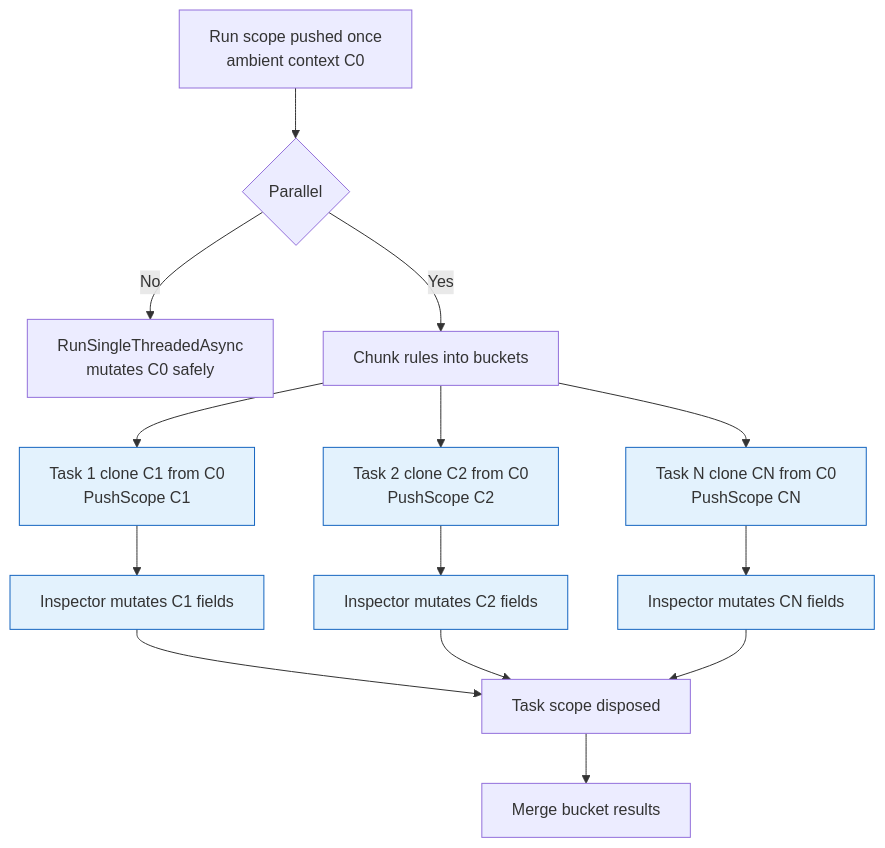
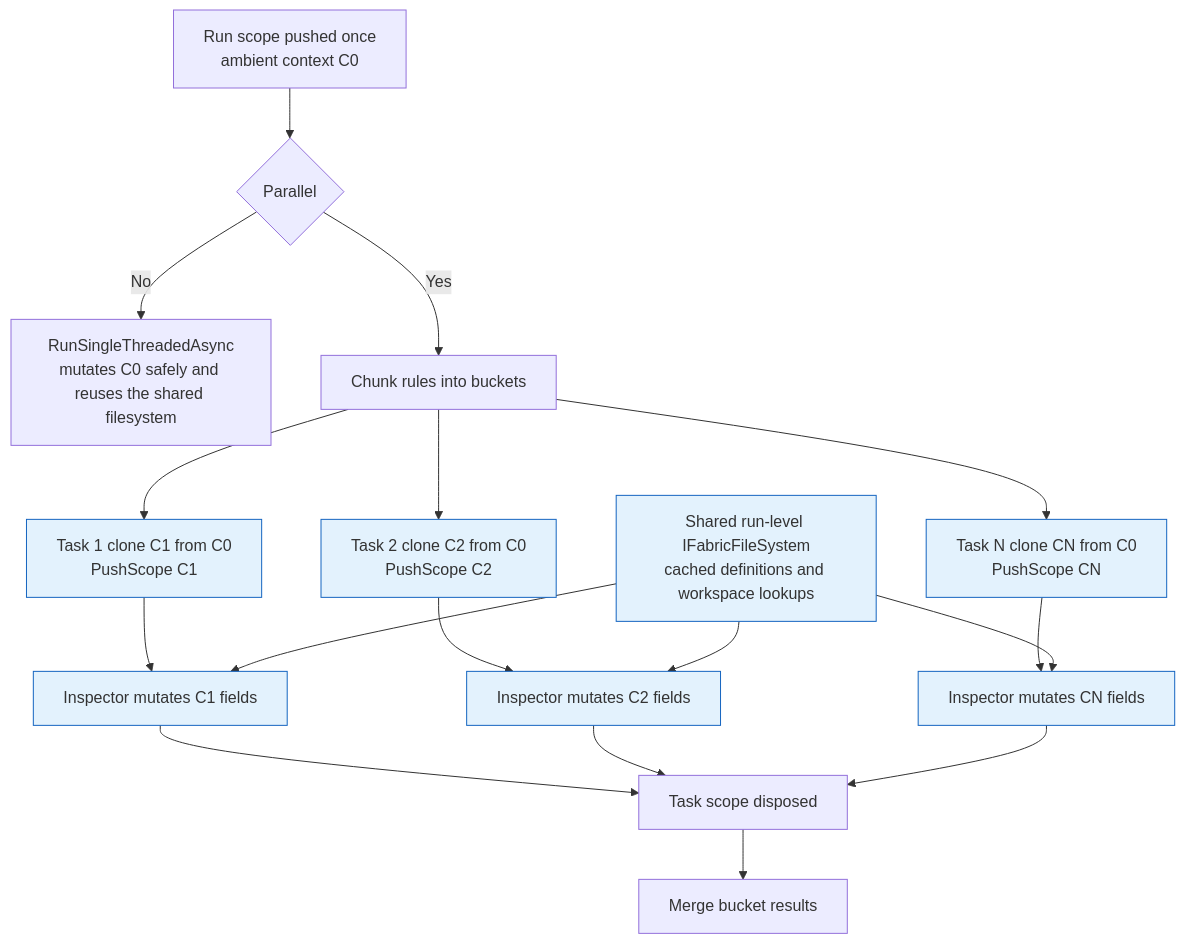
The third of 6 diagrams in FabInspector.Core/Architecture.md (NatVanG/fab-inspector), drawn with Mermaid before and after one commit. The commit also changed other lines of this file and 11 other files, not shown here.

````diff
--- a/FabInspector.Core/Architecture.md
+++ b/FabInspector.Core/Architecture.md
@@ -96,21 +102,27 @@
 ```mermaid
 flowchart TB
   A["Run scope pushed once<br/>ambient context C0"] --> B{"Parallel"}
-  B -- No --> C["RunSingleThreadedAsync<br/>mutates C0 safely"]
+  B -- No --> C["RunSingleThreadedAsync<br/>mutates C0 safely and reuses the shared filesystem"]
   B -- Yes --> D["Chunk rules into buckets"]
   D --> E1["Task 1 clone C1 from C0<br/>PushScope C1"]
   D --> E2["Task 2 clone C2 from C0<br/>PushScope C2"]
   D --> E3["Task N clone CN from C0<br/>PushScope CN"]
 
   E1 --> F1["Inspector mutates C1 fields"]
   E2 --> F2["Inspector mutates C2 fields"]
   E3 --> F3["Inspector mutates CN fields"]
 
+  FS["Shared run-level IFabricFileSystem<br/>cached definitions and workspace lookups"]
+  FS --> F1
+  FS --> F2
+  FS --> F3
+
   F1 --> G["Task scope disposed"]
     F2 --> G
     F3 --> G
   G --> H["Merge bucket results"]
 
   classDef safe fill:#e3f2fd,stroke:#1565c0,stroke-width:1px
   class E1,E2,E3,F1,F2,F3 safe
+  class FS safe
 ```
````
